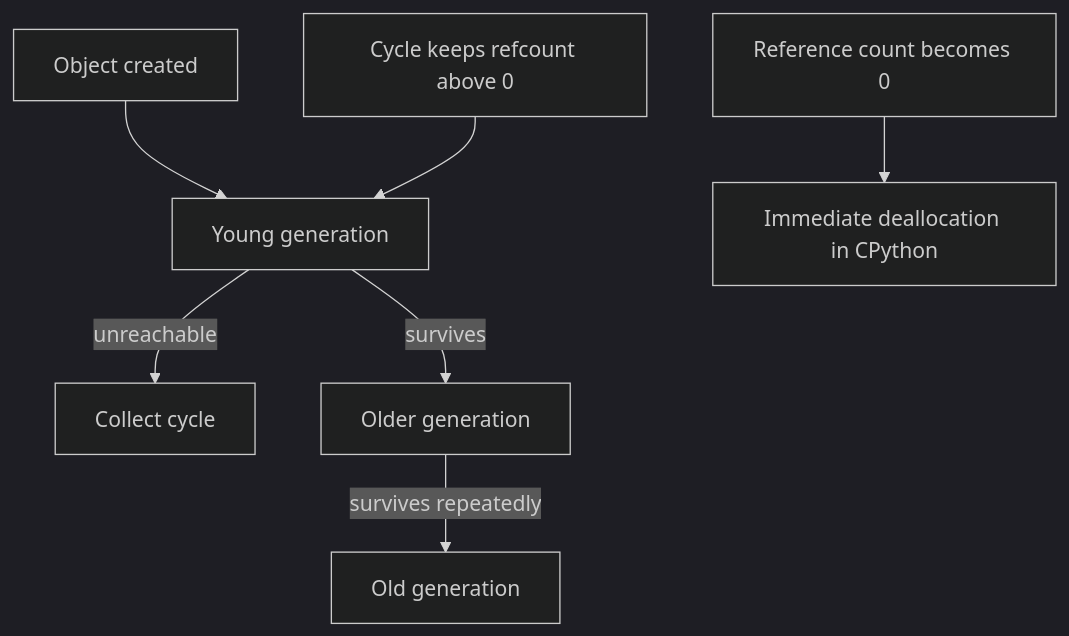
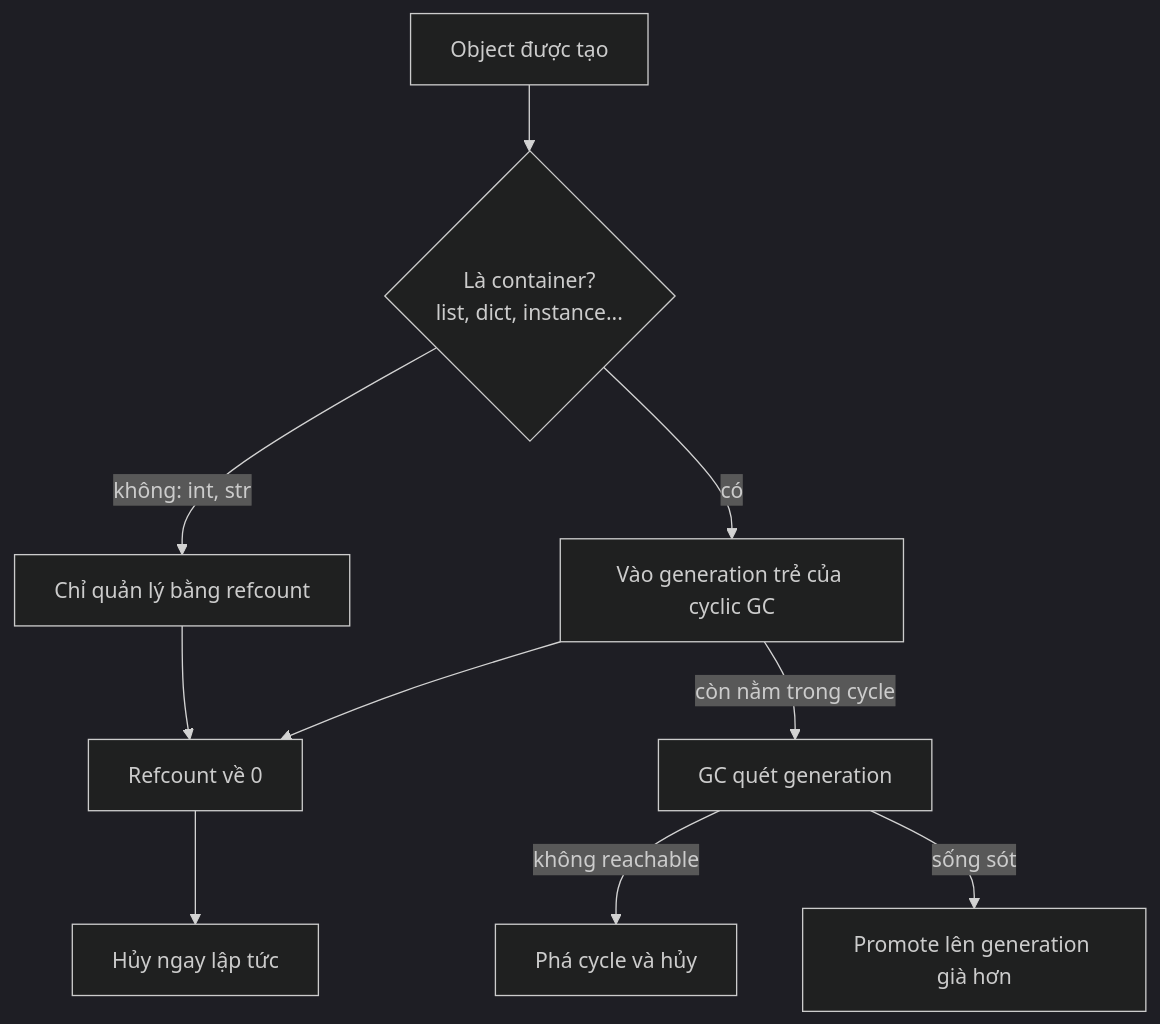
Before and after one commit to HuyNguyen-FinX/Try_Hard: the first of 2 diagrams in python/knowledges/01-python-core/gc-reference-counting.md, drawn with Mermaid (dark theme). The commit also changed other lines of this file and 139 other files, not shown here.

````diff
--- a/python/knowledges/01-python-core/gc-reference-counting.md
+++ b/python/knowledges/01-python-core/gc-reference-counting.md
@@ -155,9 +19,12 @@
 ```mermaid
 flowchart TD
-    Create["Object created"] --> Gen0["Young generation"]
-    Gen0 -->|unreachable| Collect["Collect cycle"]
-    Gen0 -->|survives| Older["Older generation"]
-    Older -->|survives repeatedly| Oldest["Old generation"]
-    RefZero["Reference count becomes 0"] --> Immediate["Immediate deallocation in CPython"]
-    Cycle["Cycle keeps refcount above 0"] --> Gen0
+    Create["Object được tạo"] --> Track{"Là container?<br/>list, dict, instance..."}
+    Track -->|"không: int, str"| RC["Chỉ quản lý bằng refcount"]
+    Track -->|"có"| Gen0["Vào generation trẻ của cyclic GC"]
+    RC --> Zero["Refcount về 0"]
+    Gen0 --> Zero
+    Zero --> Free["Hủy ngay lập tức"]
+    Gen0 -->|"còn nằm trong cycle"| Scan["GC quét generation"]
+    Scan -->|"không reachable"| Collect["Phá cycle và hủy"]
+    Scan -->|"sống sót"| Older["Promote lên generation già hơn"]
 ```
````
